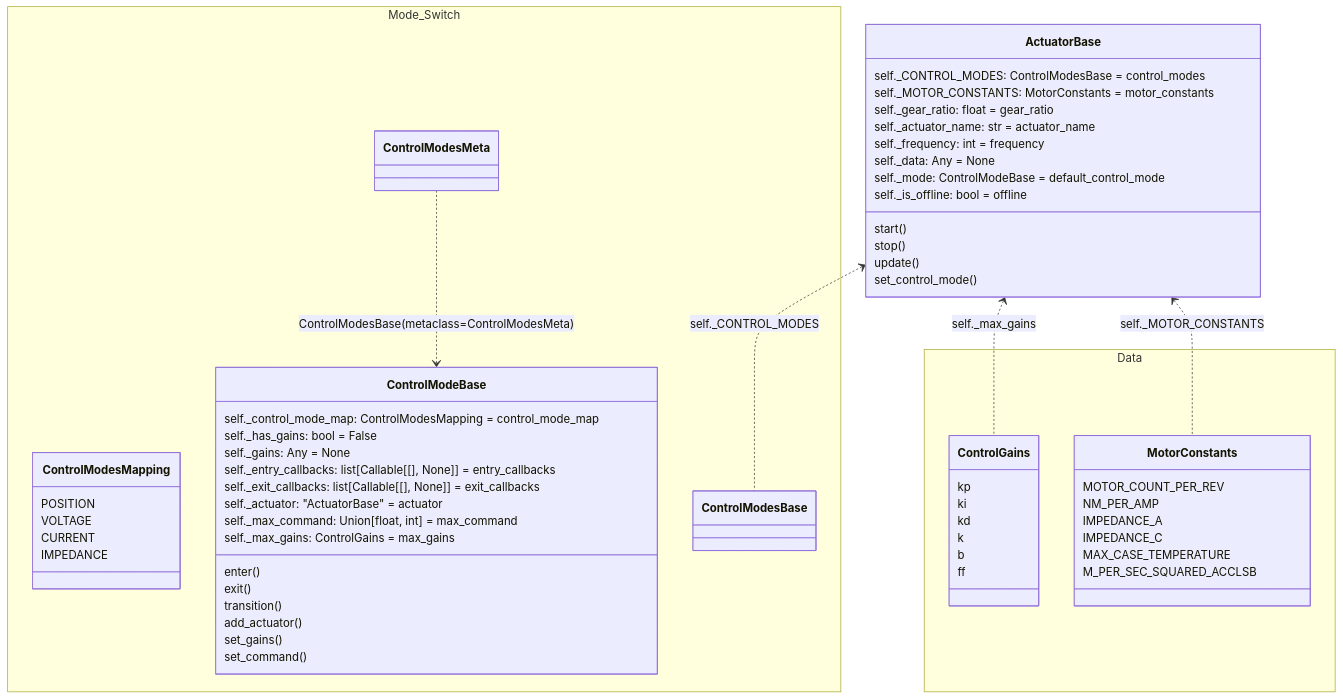
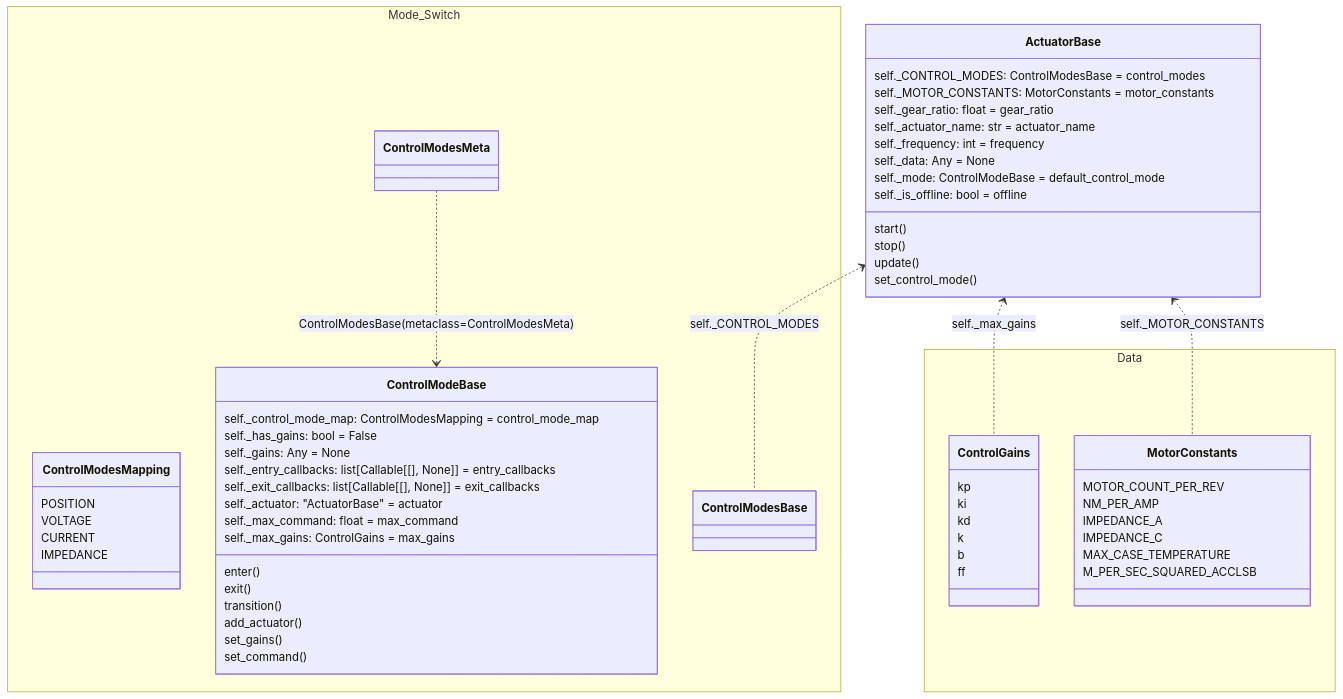
One commit to neurobionics/opensourceleg changed the diagram in opensourceleg/actuators/README.md. Above: the diagram before and after it, drawn with Mermaid. The commit also changed 10 other files, not shown here.

````diff
--- a/opensourceleg/actuators/README.md
+++ b/opensourceleg/actuators/README.md
@@ -121,71 +121,71 @@
 ```mermaid
 classDiagram
   namespace Mode_Switch{
     class ControlModesMapping{
         POSITION
         VOLTAGE
         CURRENT
         IMPEDANCE
     }
     class ControlModesMeta{
 
     }
     class ControlModeBase{
         self._control_mode_map: ControlModesMapping = control_mode_map
         self._has_gains: bool = False
         self._gains: Any = None
         self._entry_callbacks: list[Callable[[], None]] = entry_callbacks
         self._exit_callbacks: list[Callable[[], None]] = exit_callbacks
         self._actuator: "ActuatorBase" = actuator
-        self._max_command: Union[float, int] = max_command
+        self._max_command: float = max_command
         self._max_gains: ControlGains = max_gains
         enter()
         exit()
         transition()
         add_actuator()
         set_gains()
         set_command()
     }
     class ControlModesBase{
 
     }
   }
   class ActuatorBase{
         self._CONTROL_MODES: ControlModesBase = control_modes
         self._MOTOR_CONSTANTS: MotorConstants = motor_constants
         self._gear_ratio: float = gear_ratio
         self._actuator_name: str = actuator_name
         self._frequency: int = frequency
         self._data: Any = None
         self._mode: ControlModeBase = default_control_mode
         self._is_offline: bool = offline
         start()
         stop()
         update()
         set_control_mode()
 
   }
   namespace Data{
     class ControlGains{
         kp
         ki
         kd
         k
         b
         ff
     }
     class MotorConstants{
         MOTOR_COUNT_PER_REV
         NM_PER_AMP
         IMPEDANCE_A
         IMPEDANCE_C
         MAX_CASE_TEMPERATURE
         M_PER_SEC_SQUARED_ACCLSB
     }
   }
 
   ActuatorBase <.. ControlModesBase: self._CONTROL_MODES
   ActuatorBase <.. ControlGains: self._max_gains
   ControlModesMeta ..> ControlModeBase: ControlModesBase(metaclass=ControlModesMeta)
   ActuatorBase <.. MotorConstants: self._MOTOR_CONSTANTS
 ```
````
